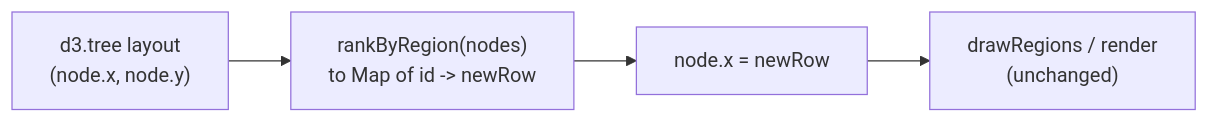
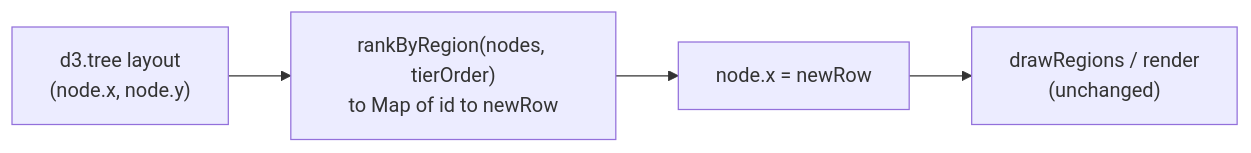
The second of 2 diagrams in docs/contributing/design-notes/visualization/graph/Region-Aware Graph Layout.md (pengzhengyi/dialoguedown), drawn with Mermaid before and after one commit. The commit also changed other lines of this file and 10 other files, not shown here.

First line of the commit message:
fix(graph): give every scene its own run of rows

````diff
--- a/docs/contributing/design-notes/visualization/graph/Region-Aware Graph Layout.md
+++ b/docs/contributing/design-notes/visualization/graph/Region-Aware Graph Layout.md
@@ -115,6 +129,6 @@
 ```mermaid
 flowchart LR
-    L["d3.tree layout<br/>(node.x, node.y)"] --> RK["rankByRegion(nodes)<br/>to Map of id -> newRow"]
+    L["d3.tree layout<br/>(node.x, node.y)"] --> RK["rankByRegion(nodes, tierOrder)<br/>to Map of id to newRow"]
     RK --> AP["node.x = newRow"]
     AP --> R["drawRegions / render<br/>(unchanged)"]
 ```
````
